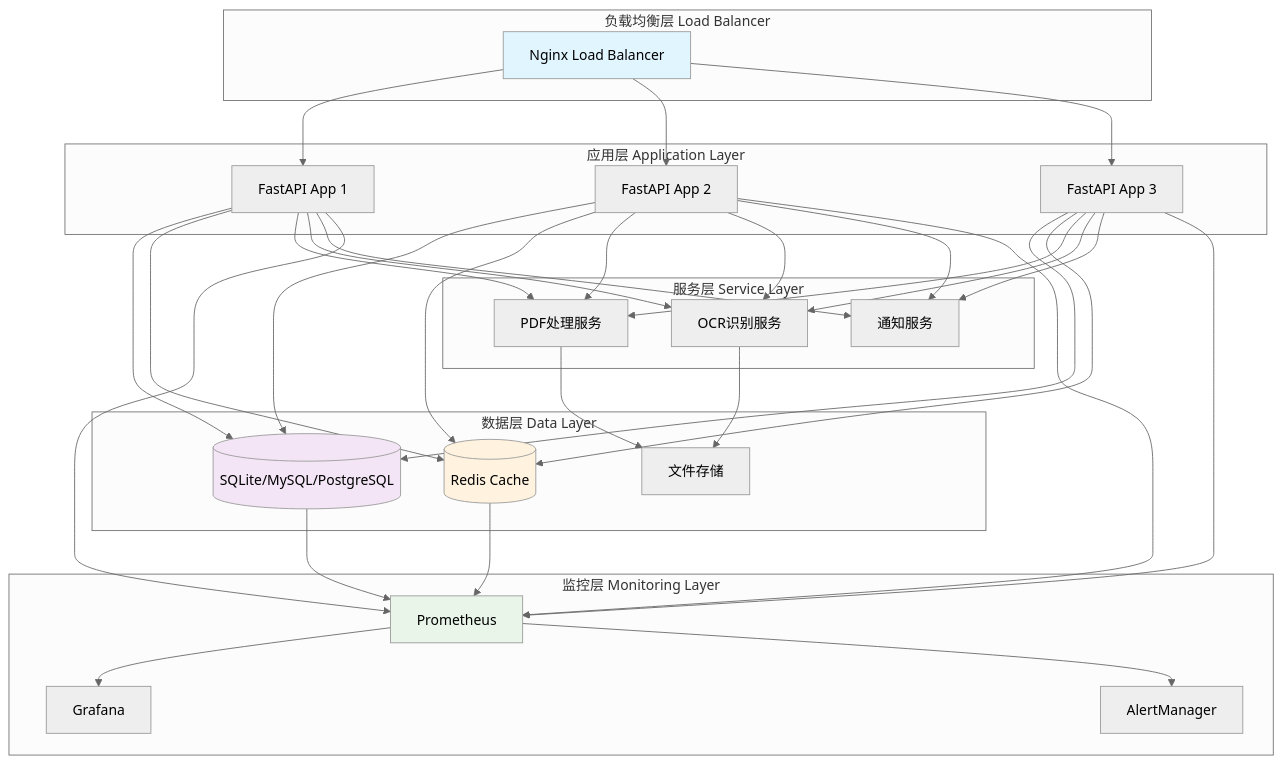
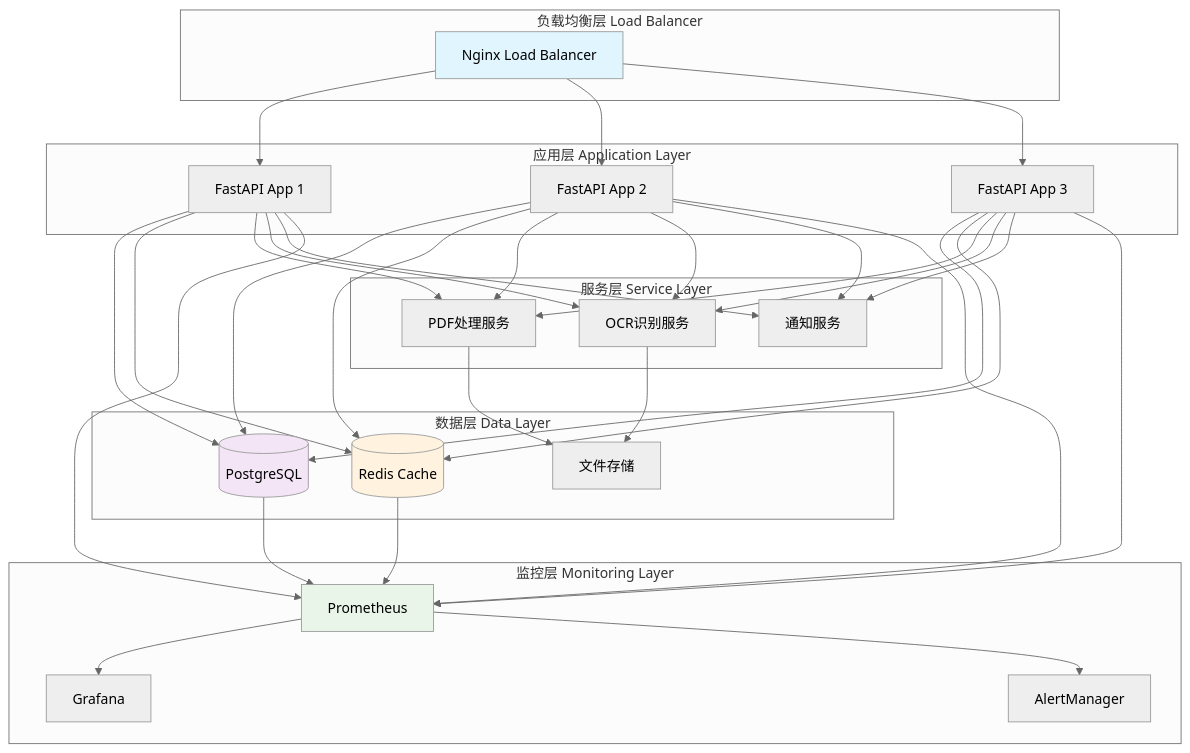
Before and after one commit to yqy2026/zcgl: the diagram in backend/docs/deployment_operations_guide.md, drawn with Mermaid (neutral theme). The commit also changed other lines of this file and 74 other files, not shown here.

First line of the commit message:
feat: 迁移至 PostgreSQL 并移除 SQLite 支持

````diff
--- a/backend/docs/deployment_operations_guide.md
+++ b/backend/docs/deployment_operations_guide.md
@@ -11,69 +11,69 @@
 ```mermaid
 graph TB
     subgraph "负载均衡层 Load Balancer"
         LB[Nginx Load Balancer]
     end
 
     subgraph "应用层 Application Layer"
         APP1[FastAPI App 1]
         APP2[FastAPI App 2]
         APP3[FastAPI App 3]
     end
 
     subgraph "服务层 Service Layer"
         PDF[PDF处理服务]
         OCR[OCR识别服务]
         NOTIFY[通知服务]
     end
 
     subgraph "数据层 Data Layer"
-        DB[(SQLite/MySQL/PostgreSQL)]
+        DB[(PostgreSQL)]
         CACHE[(Redis Cache)]
         FILES[文件存储]
     end
 
     subgraph "监控层 Monitoring Layer"
         PROM[Prometheus]
         GRAF[Grafana]
         ALERT[AlertManager]
     end
 
     LB --> APP1
     LB --> APP2
     LB --> APP3
 
     APP1 --> DB
     APP1 --> CACHE
     APP1 --> PDF
     APP1 --> OCR
     APP1 --> NOTIFY
 
     APP2 --> DB
     APP2 --> CACHE
     APP2 --> PDF
     APP2 --> OCR
     APP2 --> NOTIFY
 
     APP3 --> DB
     APP3 --> CACHE
     APP3 --> PDF
     APP3 --> OCR
     APP3 --> NOTIFY
 
     PDF --> FILES
     OCR --> FILES
 
     APP1 --> PROM
     APP2 --> PROM
     APP3 --> PROM
     DB --> PROM
     CACHE --> PROM
 
     PROM --> GRAF
     PROM --> ALERT
 
     style LB fill:#e1f5fe
     style DB fill:#f3e5f5
     style CACHE fill:#fff3e0
     style PROM fill:#e8f5e8
 ```
````
